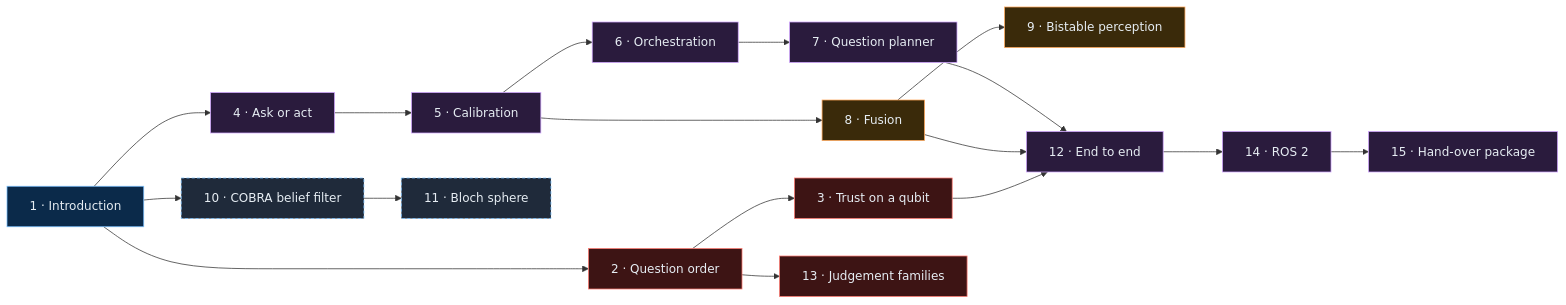
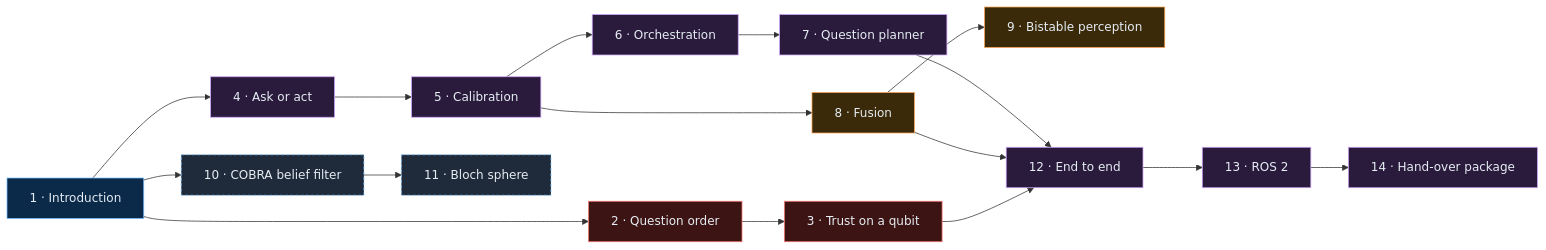
One commit to yeshwanthguru/Quantum-mind changed the diagram in docs/tutorials/index.md. Above: the diagram before and after it, drawn with Mermaid. The commit also changed other lines of this file and 105 other files, not shown here.

````diff
--- a/docs/tutorials/index.md
+++ b/docs/tutorials/index.md
@@ -12,18 +12,17 @@
 ```{mermaid}
 flowchart LR
     accTitle: Reading order of the tutorials
-    accDescr: The introduction leads to four tracks: models of people (2, 3, 13), the robot decision layer (4 to 7, then 12, 14 and the packaged hand-over use case 15), perception (8, 9) and the COBRA belief filter and viewer (10, 11).
+    accDescr: The introduction leads to four tracks: models of people (2, 3), the robot decision layer (4 to 7, then 12, 13 and the packaged hand-over use case 14), perception (8, 9) and the COBRA belief filter and viewer (10, 11).
     T1["1 · Introduction"]:::a --> T2["2 · Question order"]:::h --> T3["3 · Trust on a qubit"]:::h
     T1 --> T4["4 · Ask or act"]:::r --> T5["5 · Calibration"]:::r --> T6["6 · Orchestration"]:::r --> T7["7 · Question planner"]:::r
     T5 --> T8["8 · Fusion"]:::p --> T9["9 · Bistable perception"]:::p
     T1 --> T10["10 · COBRA belief filter"]:::q --> T11["11 · Bloch sphere"]:::q
-    T2 --> T13["13 · Judgement families"]:::h
     T7 --> T12["12 · End to end"]:::r
     T8 --> T12
-    T3 --> T12 --> T14["14 · ROS 2"]:::r --> T15["15 · Hand-over package"]:::r
+    T3 --> T12 --> T13["13 · ROS 2"]:::r --> T14["14 · Hand-over package"]:::r
     classDef a fill:#0b2a4a,stroke:#79c0ff,color:#e6edf3
     classDef h fill:#3d1414,stroke:#ff7b72,color:#e6edf3
     classDef r fill:#2a1b3d,stroke:#d2a8ff,color:#e6edf3
     classDef p fill:#3a2a0a,stroke:#ffa657,color:#e6edf3
     classDef q fill:#1f2a3a,stroke:#79c0ff,color:#e6edf3,stroke-dasharray:4 3
 ```
````
